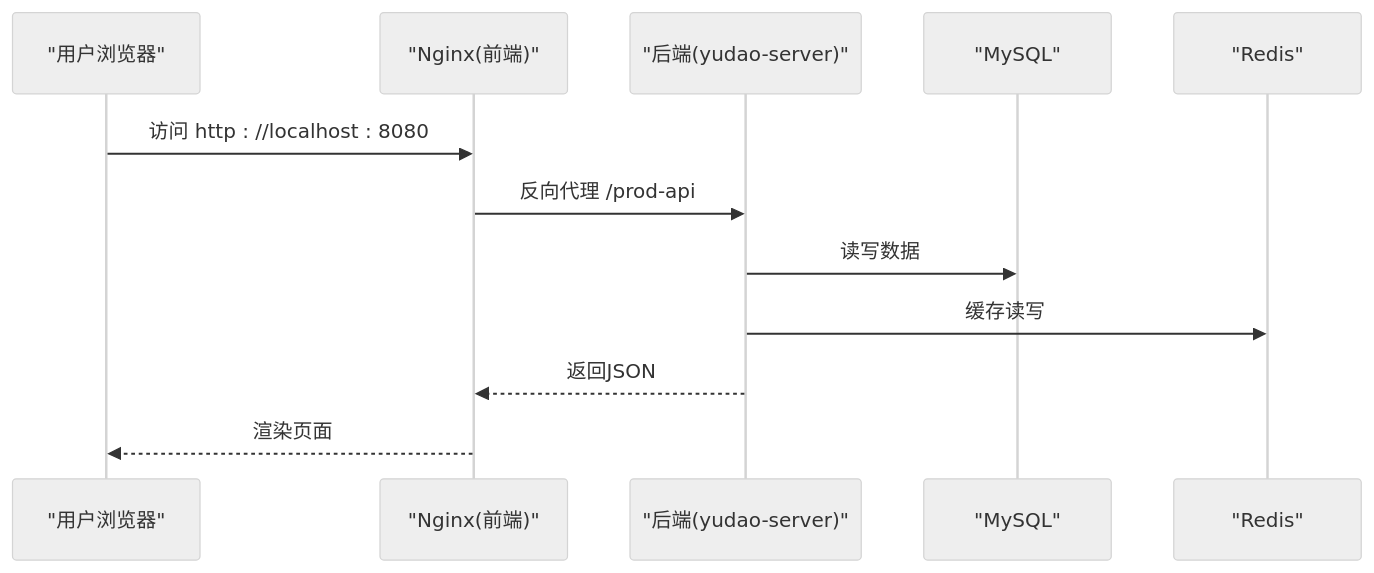
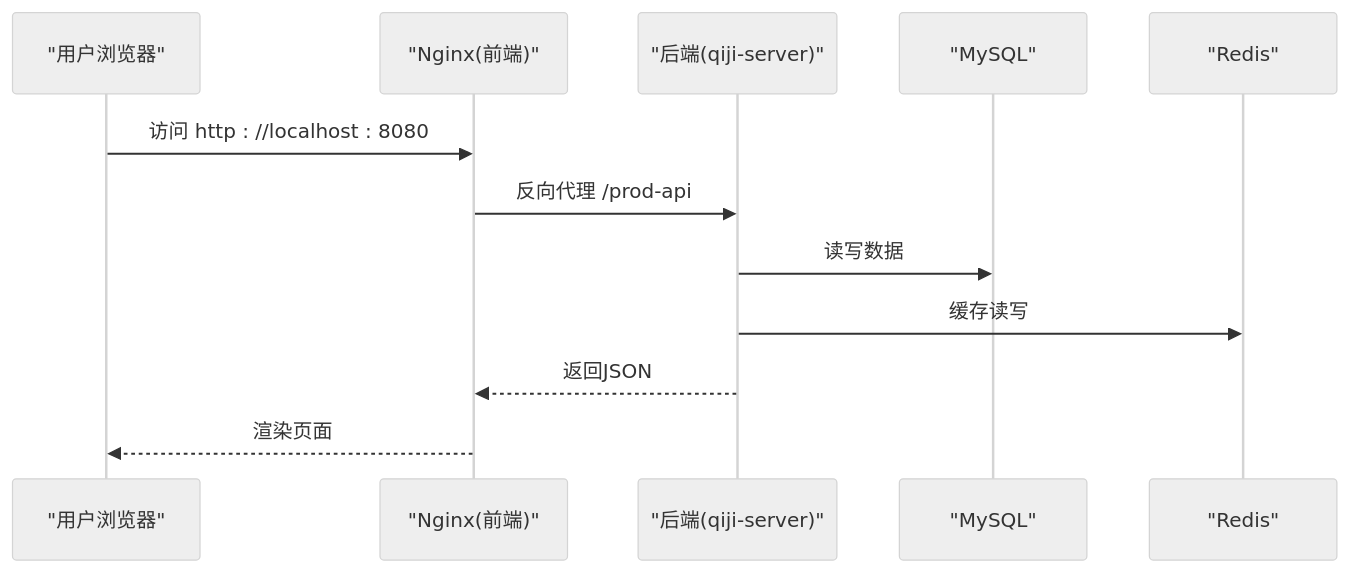
Before and after one commit to zhuangpengLI/AgenticCPS: the second of 6 diagrams in backend/.qoder/repowiki/zh/content/部署与运维/容器化部署.md, drawn with Mermaid (neutral theme). The commit also changed other lines of this file and 3489 other files, not shown here.

````diff
--- a/backend/.qoder/repowiki/zh/content/部署与运维/容器化部署.md
+++ b/backend/.qoder/repowiki/zh/content/部署与运维/容器化部署.md
@@ -83,14 +83,14 @@
 ```mermaid
 sequenceDiagram
 participant U as "用户浏览器"
 participant N as "Nginx(前端)"
-participant B as "后端(yudao-server)"
+participant B as "后端(qiji-server)"
 participant DB as "MySQL"
 participant RC as "Redis"
 U->>N : 访问 http : //localhost : 8080
 N->>B : 反向代理 /prod-api
 B->>DB : 读写数据
 B->>RC : 缓存读写
 B-->>N : 返回JSON
 N-->>U : 渲染页面
 ```
````
